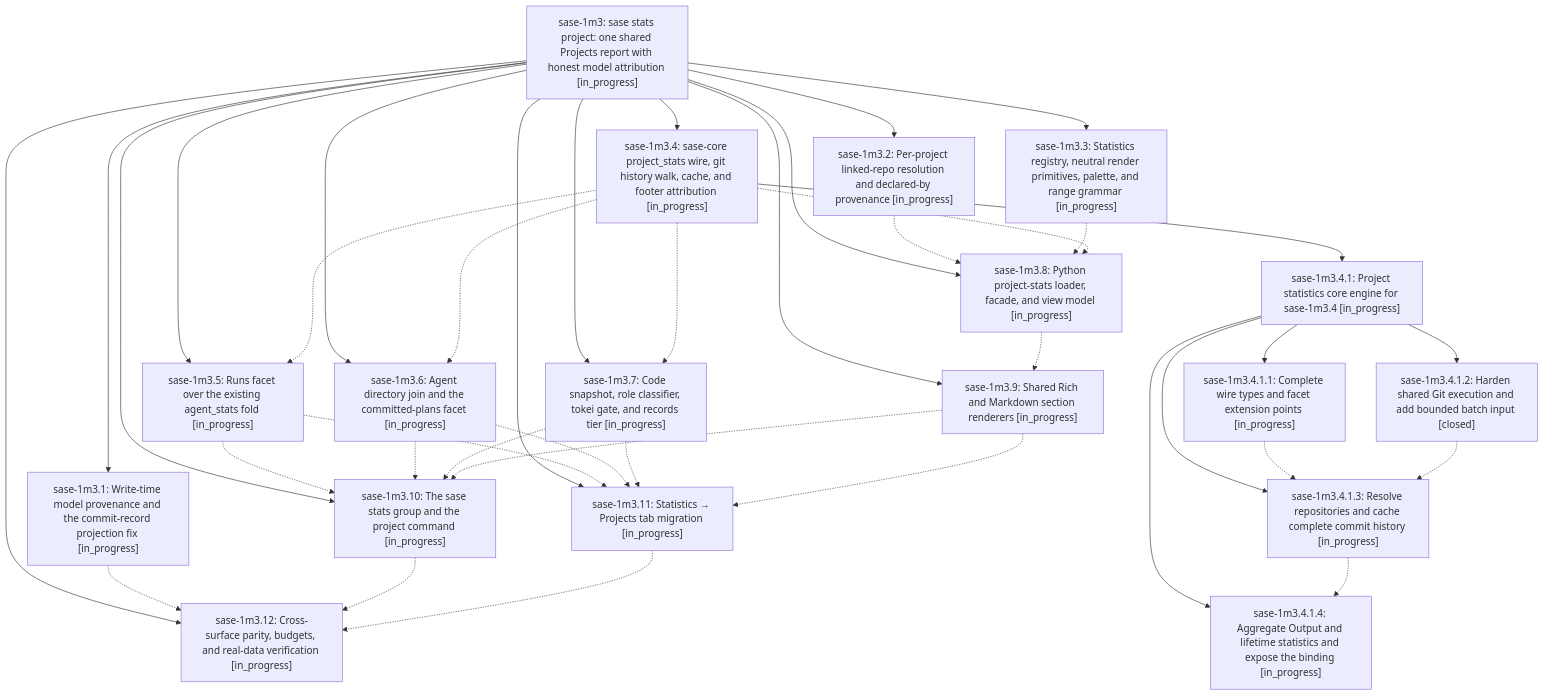
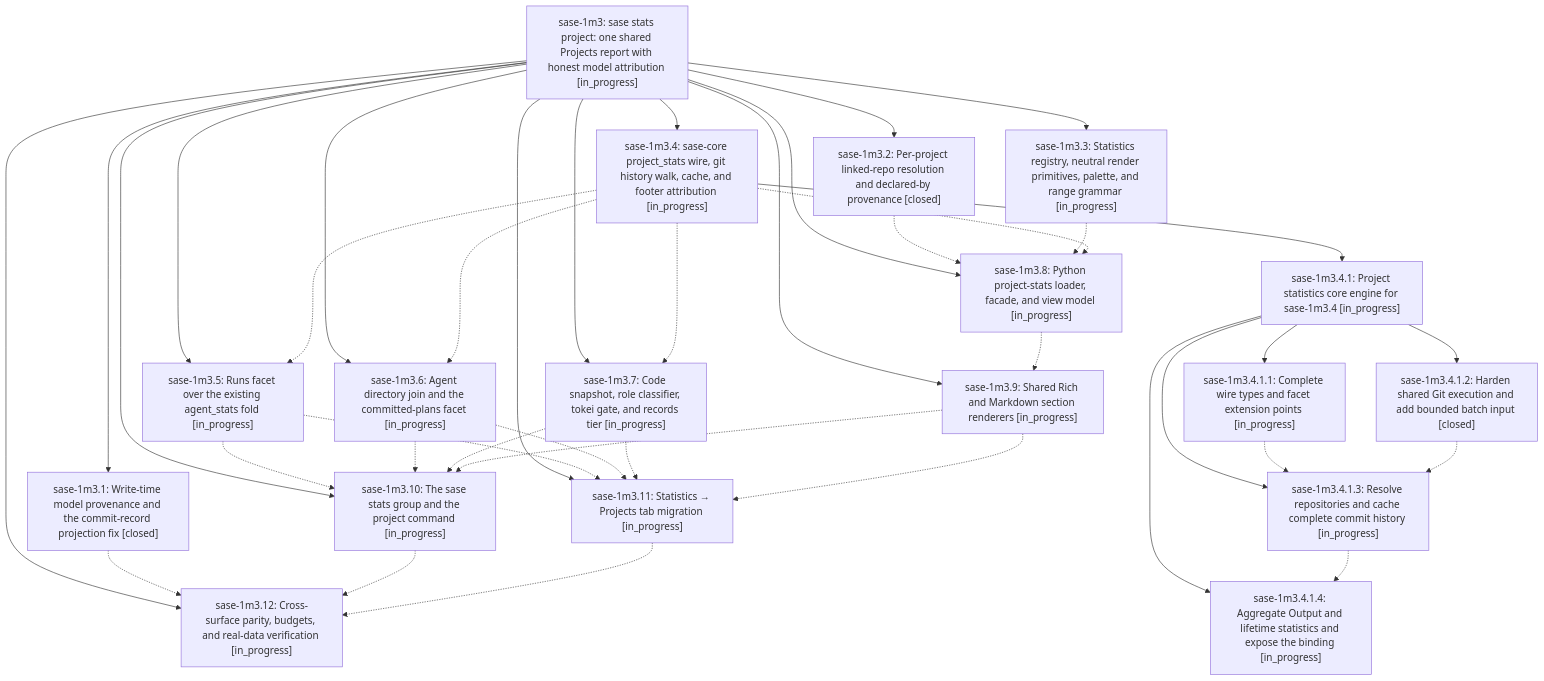
One commit to sase-org/sase--beads changed the diagram in pages/sase-1m3/README.md. Above: the diagram before and after it, drawn with Mermaid. The commit also changed other lines of this file and 4 other files, not shown here.

````diff
--- a/pages/sase-1m3/README.md
+++ b/pages/sase-1m3/README.md
@@ -45,59 +45,59 @@
 ```mermaid
 flowchart TD
     n0["sase-1m3: sase stats project: one shared Projects report with honest model attribution [in_progress]"]
-    n1["sase-1m3.1: Write-time model provenance and the commit-record projection fix [in_progress]"]
+    n1["sase-1m3.1: Write-time model provenance and the commit-record projection fix [closed]"]
     n2["sase-1m3.10: The sase stats group and the project command [in_progress]"]
     n3["sase-1m3.11: Statistics → Projects tab migration [in_progress]"]
     n4["sase-1m3.12: Cross-surface parity, budgets, and real-data verification [in_progress]"]
-    n5["sase-1m3.2: Per-project linked-repo resolution and declared-by provenance [in_progress]"]
+    n5["sase-1m3.2: Per-project linked-repo resolution and declared-by provenance [closed]"]
     n6["sase-1m3.3: Statistics registry, neutral render primitives, palette, and range grammar [in_progress]"]
     n7["sase-1m3.4: sase-core project_stats wire, git history walk, cache, and footer attribution [in_progress]"]
     n8["sase-1m3.4.1: Project statistics core engine for sase-1m3.4 [in_progress]"]
     n9["sase-1m3.4.1.1: Complete wire types and facet extension points [in_progress]"]
     n10["sase-1m3.4.1.2: Harden shared Git execution and add bounded batch input [closed]"]
     n11["sase-1m3.4.1.3: Resolve repositories and cache complete commit history [in_progress]"]
     n12["sase-1m3.4.1.4: Aggregate Output and lifetime statistics and expose the binding [in_progress]"]
     n13["sase-1m3.5: Runs facet over the existing agent_stats fold [in_progress]"]
     n14["sase-1m3.6: Agent directory join and the committed-plans facet [in_progress]"]
     n15["sase-1m3.7: Code snapshot, role classifier, tokei gate, and records tier [in_progress]"]
     n16["sase-1m3.8: Python project-stats loader, facade, and view model [in_progress]"]
     n17["sase-1m3.9: Shared Rich and Markdown section renderers [in_progress]"]
     n0 --> n1
     n0 --> n2
     n0 --> n3
     n0 --> n4
     n0 --> n5
     n0 --> n6
     n0 --> n7
     n7 --> n8
     n8 --> n9
     n8 --> n10
     n8 --> n11
     n8 --> n12
     n0 --> n13
     n0 --> n14
     n0 --> n15
     n0 --> n16
     n0 --> n17
     n1 -.-> n4
     n2 -.-> n4
     n3 -.-> n4
     n5 -.-> n16
     n6 -.-> n16
     n7 -.-> n13
     n7 -.-> n14
     n7 -.-> n15
     n7 -.-> n16
     n9 -.-> n11
     n10 -.-> n11
     n11 -.-> n12
     n13 -.-> n2
     n13 -.-> n3
     n14 -.-> n2
     n14 -.-> n3
     n15 -.-> n2
     n15 -.-> n3
     n16 -.-> n17
     n17 -.-> n2
     n17 -.-> n3
 ```
````
